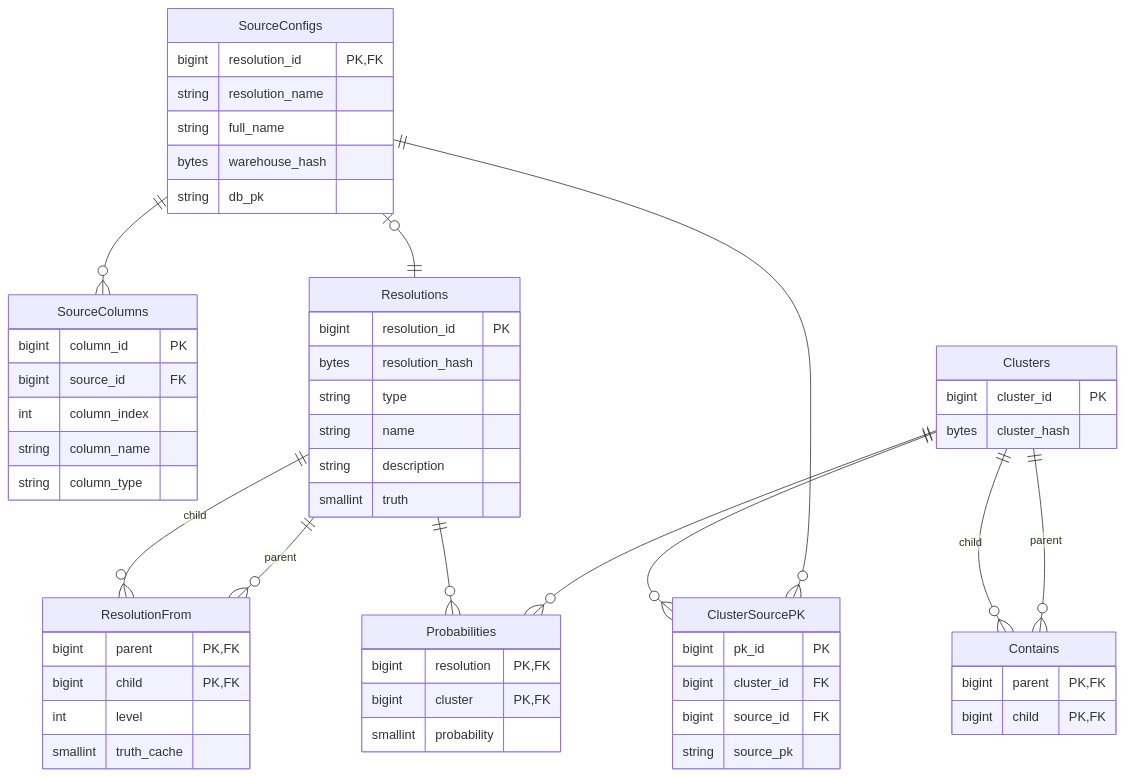
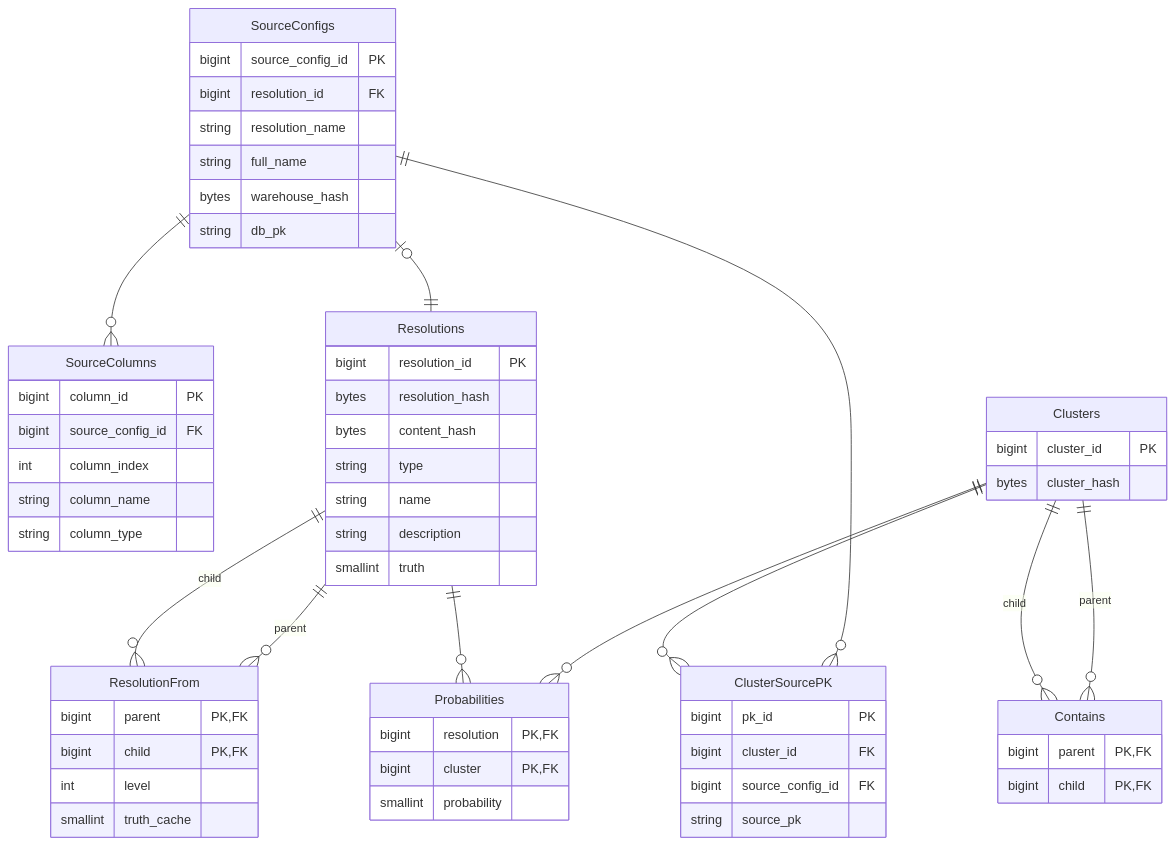
One commit to will-langdale/matchbox changed the diagram in docs/api/server/backends/postgresql.md. Above: the diagram before and after it, drawn with Mermaid. The commit also changed 4 other files, not shown here.

Commit message:
Updated source_id to source_config_id in the ORM.

````diff
--- a/docs/api/server/backends/postgresql.md
+++ b/docs/api/server/backends/postgresql.md
@@ -10,61 +10,63 @@
 ```mermaid
 erDiagram
     SourceConfigs {
-        bigint resolution_id PK,FK
+        bigint source_config_id PK
+        bigint resolution_id FK
         string resolution_name
         string full_name
         bytes warehouse_hash
         string db_pk
     }
     SourceColumns {
         bigint column_id PK
-        bigint source_id FK
+        bigint source_config_id FK
         int column_index
         string column_name
         string column_type
     }
     Clusters {
         bigint cluster_id PK
         bytes cluster_hash
     }
     ClusterSourcePK {
         bigint pk_id PK
         bigint cluster_id FK
-        bigint source_id FK
+        bigint source_config_id FK
         string source_pk
     }
     Contains {
         bigint parent PK,FK
         bigint child PK,FK
     }
     Probabilities {
         bigint resolution PK,FK
         bigint cluster PK,FK
         smallint probability
     }
     Resolutions {
         bigint resolution_id PK
         bytes resolution_hash
+        bytes content_hash
         string type
         string name
         string description
         smallint truth
     }
     ResolutionFrom {
         bigint parent PK,FK
         bigint child PK,FK
         int level
         smallint truth_cache
     }
 
     SourceConfigs |o--|| Resolutions : ""
     SourceConfigs ||--o{ SourceColumns : ""
     SourceConfigs ||--o{ ClusterSourcePK : ""
     Clusters ||--o{ ClusterSourcePK : ""
     Clusters ||--o{ Probabilities : ""
     Clusters ||--o{ Contains : "parent"
     Contains }o--|| Clusters : "child"
     Resolutions ||--o{ Probabilities : ""
     Resolutions ||--o{ ResolutionFrom : "parent"
     ResolutionFrom }o--|| Resolutions : "child"
 ```
````
